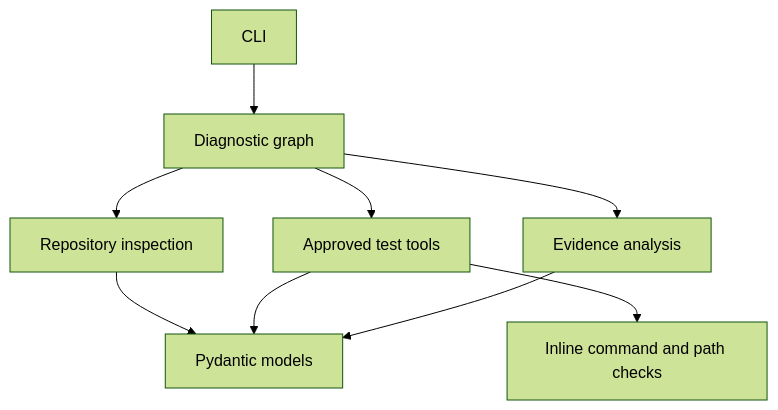
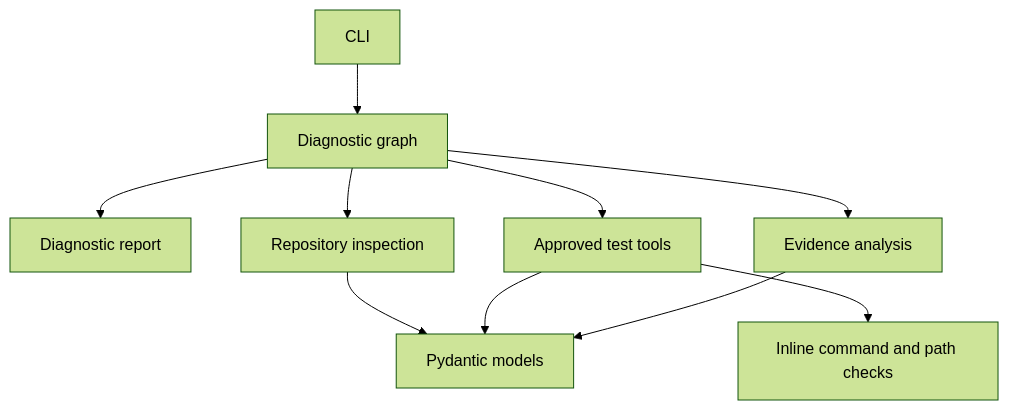
The first of 2 diagrams in docs/architecture.md (Br111t/agent-ops), drawn with Mermaid (forest theme) before and after one commit. The commit also changed other lines of this file and 2 other files, not shown here.

Commit message:
docs: complete diagnostic foundation phase

````diff
--- a/docs/architecture.md
+++ b/docs/architecture.md
@@ -37,11 +37,12 @@
 ```mermaid
 flowchart TD
     CLI[CLI] --> Graph[Diagnostic graph]
+    Graph --> Report[Diagnostic report]
     Graph --> Repo[Repository inspection]
     Graph --> Tools[Approved test tools]
     Graph --> Analysis[Evidence analysis]
     Repo --> Models[Pydantic models]
     Tools --> Models
     Analysis --> Models
     Tools --> Policy[Inline command and path checks]
 ```
````
